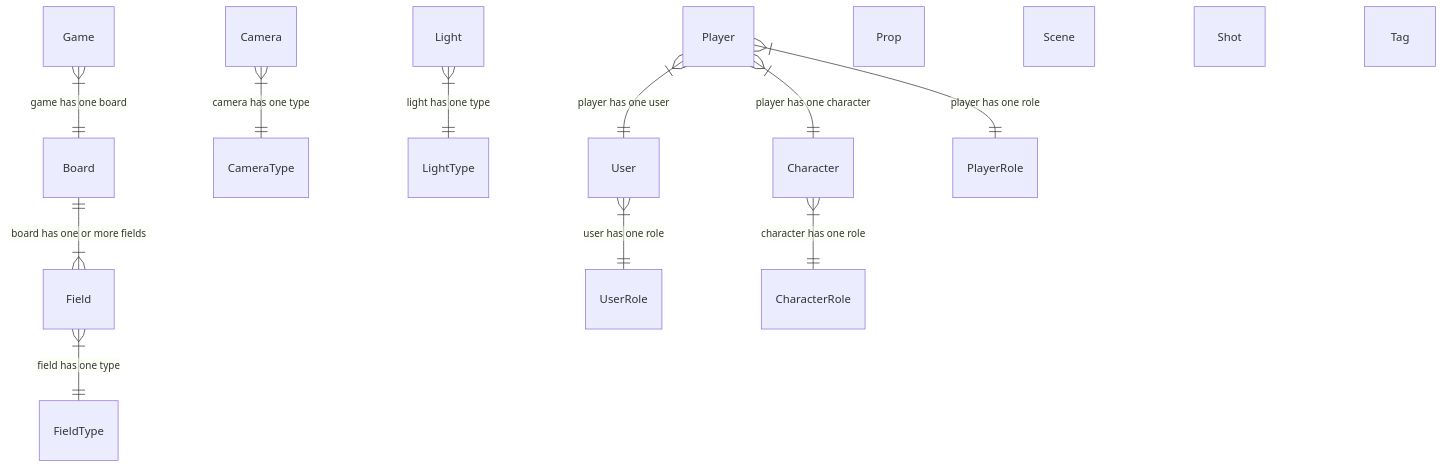
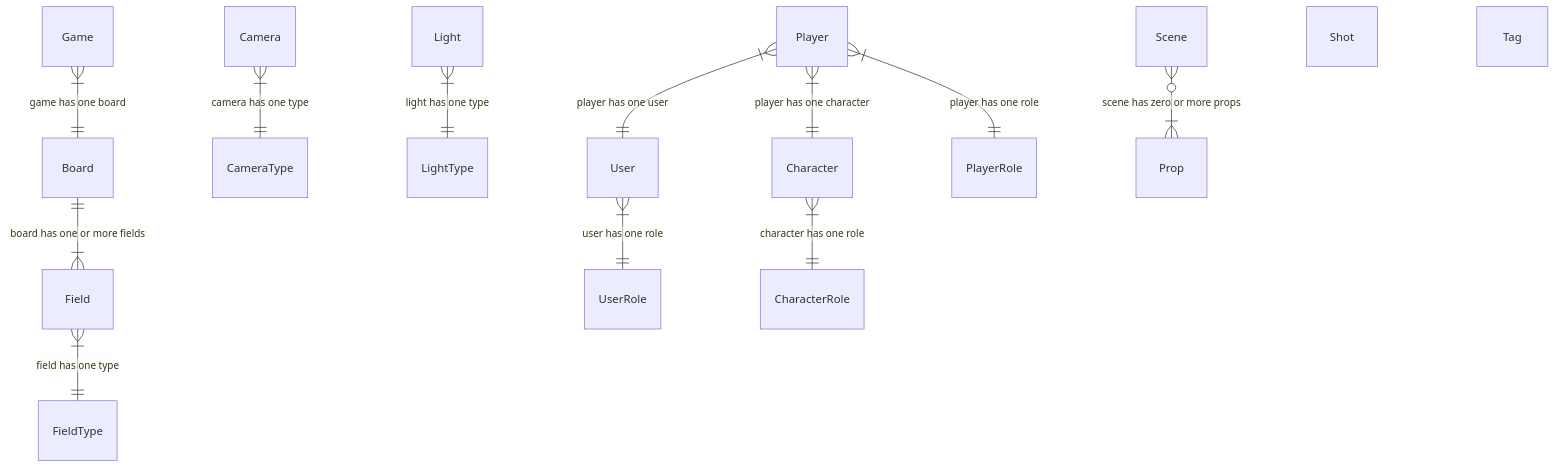
The diagram in 300/900/README.md (vanHeemstraSystems/flask-babylonjs), drawn with Mermaid before and after one commit.

````diff
--- a/300/900/README.md
+++ b/300/900/README.md
@@ -3,24 +3,24 @@
 ``` mermaid
 erDiagram
     Board ||--|{ Field : "board has one or more fields"
     Camera }|--|| CameraType : "camera has one type"
     CameraType
     Character }|--|| CharacterRole : "character has one role"
     CharacterRole
     Field }|--|| FieldType : "field has one type"
     Field
     FieldType
     Game }|--|| Board : "game has one board"
     Light }|--|| LightType : "light has one type"
     LightType
     Player }|--|| User : "player has one user"
     Player }|--|| Character : "player has one character"
     Player }|--|| PlayerRole : "player has one role"
     PlayerRole
     Prop
-    Scene
+    Scene O{--|{ Prop : "scene has zero or more props"
     Shot
     Tag
     User }|--|| UserRole : "user has one role"
     UserRole
 ```
````
